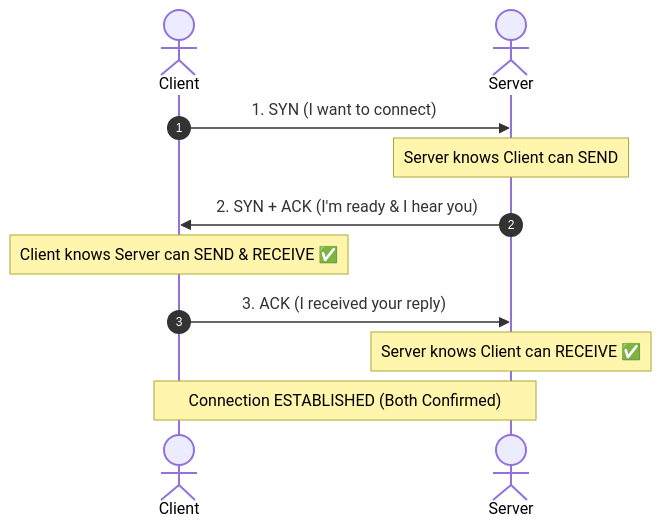
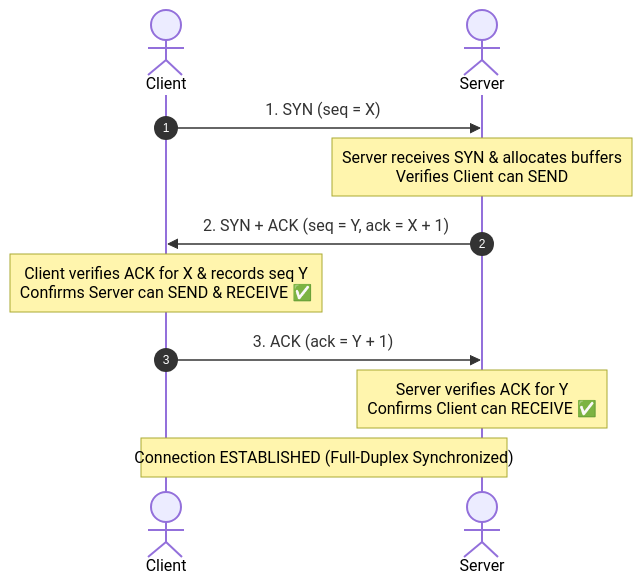
Before and after one commit to abojha/binarydose_website: the diagram in 100-days/day-01-tcp-3-way-handshake.md, drawn with Mermaid. The commit also changed other lines of this file and 45 other files, not shown here.

````diff
--- a/100-days/day-01-tcp-3-way-handshake.md
+++ b/100-days/day-01-tcp-3-way-handshake.md
@@ -32,16 +33,16 @@
 ```mermaid
 sequenceDiagram
     autonumber
     actor Client
     actor Server
     
-    Client->>Server: 1. SYN (I want to connect)
-    Note over Server: Server knows Client can SEND
+    Client->>Server: 1. SYN (seq = X)
+    Note over Server: Server receives SYN & allocates buffers<br/>Verifies Client can SEND
     
-    Server->>Client: 2. SYN + ACK (I'm ready & I hear you)
-    Note over Client: Client knows Server can SEND & RECEIVE ✅
+    Server->>Client: 2. SYN + ACK (seq = Y, ack = X + 1)
+    Note over Client: Client verifies ACK for X & records seq Y<br/>Confirms Server can SEND & RECEIVE ✅
     
-    Client->>Server: 3. ACK (I received your reply)
-    Note over Server: Server knows Client can RECEIVE ✅
-    Note over Client,Server: Connection ESTABLISHED (Both Confirmed)
+    Client->>Server: 3. ACK (ack = Y + 1)
+    Note over Server: Server verifies ACK for Y<br/>Confirms Client can RECEIVE ✅
+    Note over Client,Server: Connection ESTABLISHED (Full-Duplex Synchronized)
 ```
````
